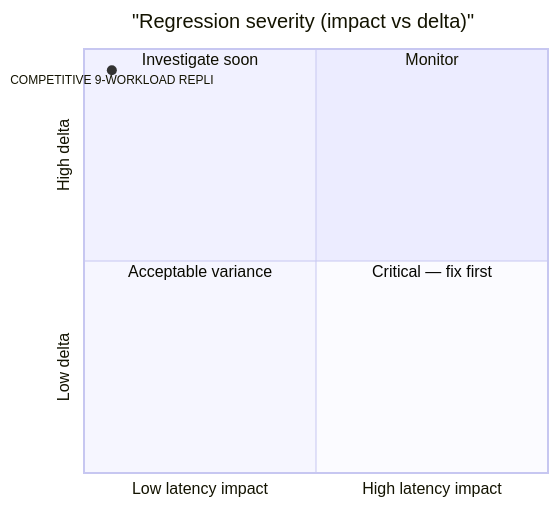
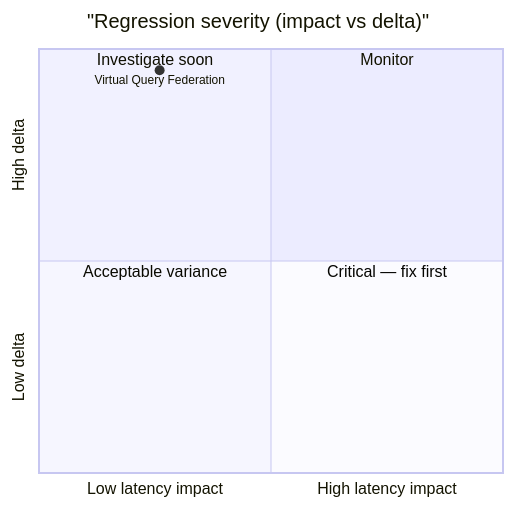
The second of 2 diagrams in docs/project/benchmarks/benchmark_sqlite.mdx (SveltyCMS/SveltyCMS), drawn with Mermaid before and after one commit. The commit also changed other lines of this file and 50 other files, not shown here.

````diff
--- a/docs/project/benchmarks/benchmark_sqlite.mdx
+++ b/docs/project/benchmarks/benchmark_sqlite.mdx
@@ -95,11 +96,11 @@
 ```mermaid
 quadrantChart
   title "Regression severity (impact vs delta)"
   x-axis Low latency impact --> High latency impact
   y-axis Low delta --> High delta
   quadrant-1 Monitor
   quadrant-2 Investigate soon
   quadrant-3 Acceptable variance
   quadrant-4 Critical — fix first
-    COMPETITIVE 9-WORKLOAD REPLI: [0.06, 0.95]
+    Virtual Query Federation: [0.26, 0.95]
 ```
````
